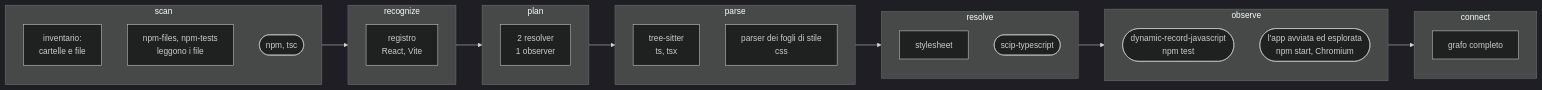
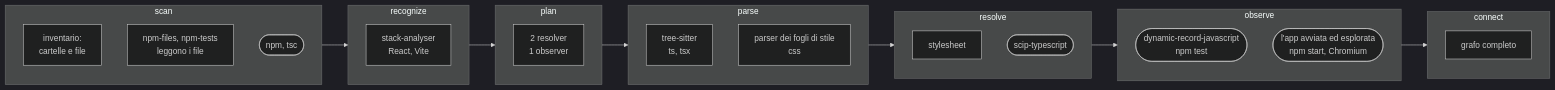
The second of 4 diagrams in docs/plugins/codebase-map.md (acaprino/daodan), drawn with Mermaid (dark theme) before and after one commit. The commit also changed other lines of this file and 9 other files, not shown here.

````diff
--- a/docs/plugins/codebase-map.md
+++ b/docs/plugins/codebase-map.md
@@ -125,30 +125,30 @@
 ```mermaid
 flowchart LR
   subgraph scan
     b0["inventario:<br>cartelle e file"]
     b1["npm-files, npm-tests<br>leggono i file"]
     b2([npm, tsc])
   end
   subgraph recognize
-    c1[registro<br>React, Vite]
+    c1[stack-analyser<br>React, Vite]
   end
   subgraph plan
     d1[2 resolver<br>1 observer]
   end
   subgraph parse
     a1[tree-sitter<br>ts, tsx]
     a2[parser dei fogli di stile<br>css]
   end
   subgraph resolve
     e1[stylesheet]
     e2([scip-typescript])
   end
   subgraph observe
     f1([dynamic-record-javascript<br>npm test])
     f2([l'app avviata ed esplorata<br>npm start, Chromium])
   end
   subgraph connect
     g1[grafo completo]
   end
   scan --> recognize --> plan --> parse --> resolve --> observe --> connect
 ```
````
